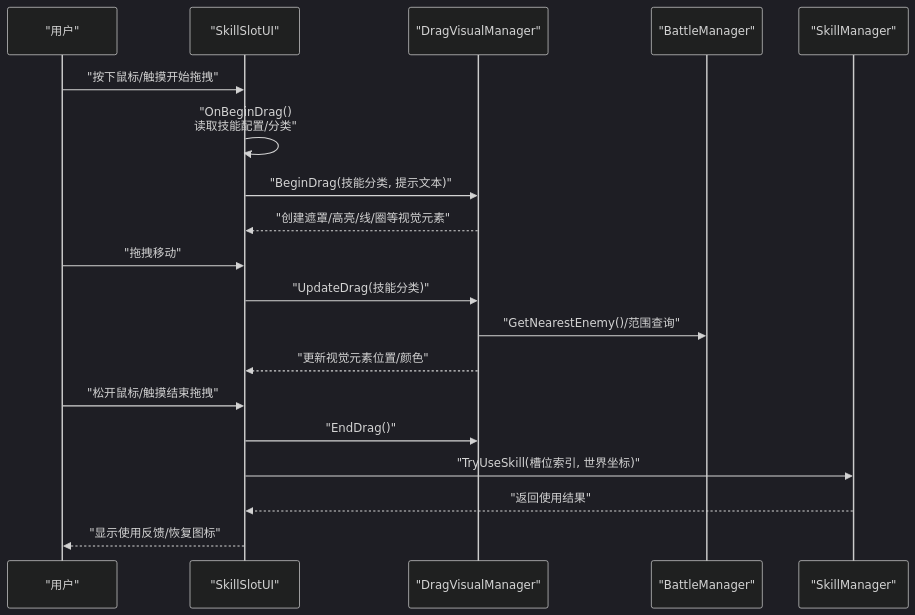
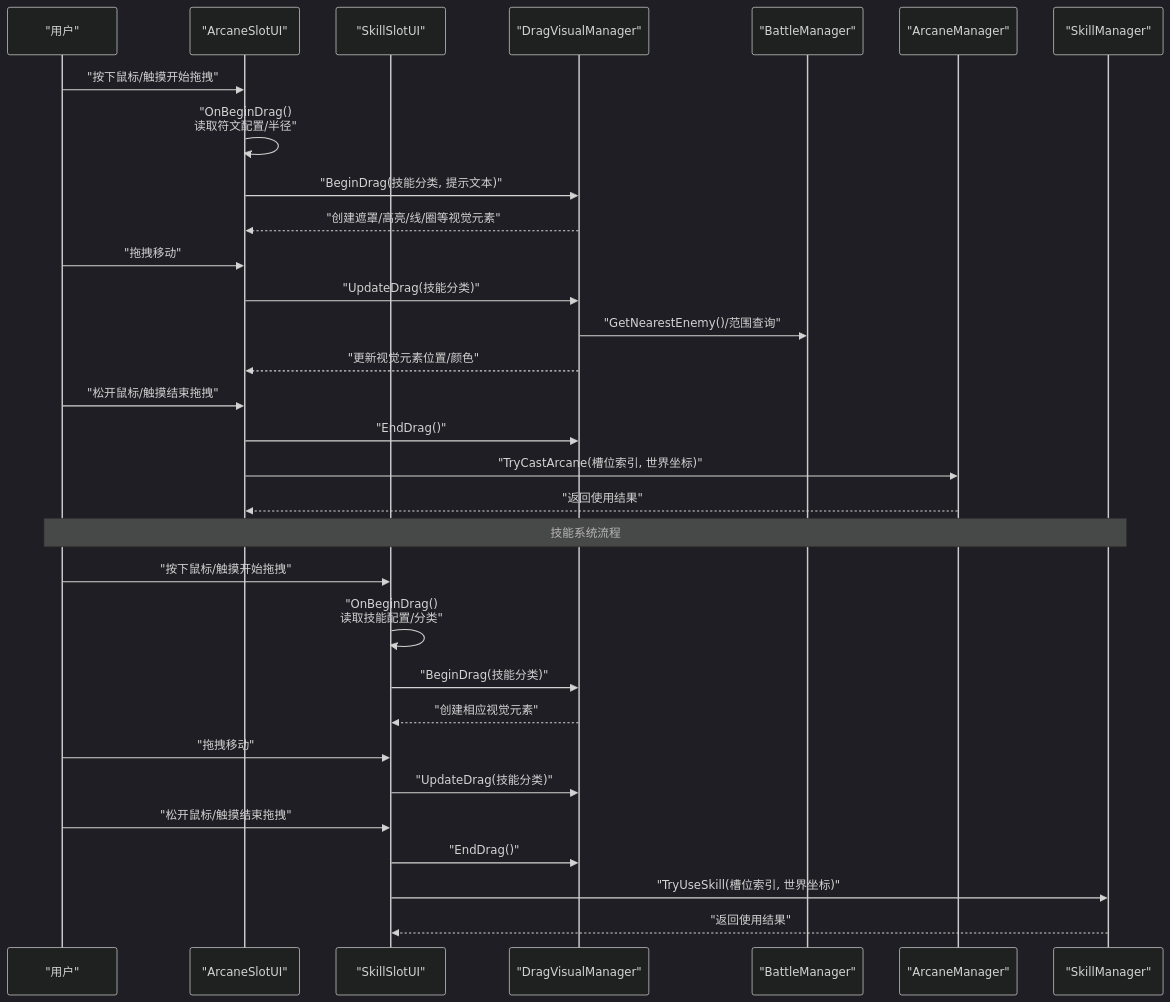
Before and after one commit to Tuusen/p1_client: the second of 4 diagrams in .qoder/repowiki/zh/content/用户界面系统/拖拽与可视化系统.md, drawn with Mermaid (dark theme). The commit also changed other lines of this file and 25 other files, not shown here.

````diff
--- a/.qoder/repowiki/zh/content/用户界面系统/拖拽与可视化系统.md
+++ b/.qoder/repowiki/zh/content/用户界面系统/拖拽与可视化系统.md
@@ -96,21 +95,33 @@
 ```mermaid
 sequenceDiagram
 participant U as "用户"
+participant AS as "ArcaneSlotUI"
 participant SS as "SkillSlotUI"
 participant DV as "DragVisualManager"
 participant BM as "BattleManager"
-participant SK as "SkillManager"
+participant AM as "ArcaneManager"
+participant SM as "SkillManager"
+U->>AS : "按下鼠标/触摸开始拖拽"
+AS->>AS : "OnBeginDrag()<br/>读取符文配置/半径"
+AS->>DV : "BeginDrag(技能分类, 提示文本)"
+DV-->>AS : "创建遮罩/高亮/线/圈等视觉元素"
+U->>AS : "拖拽移动"
+AS->>DV : "UpdateDrag(技能分类)"
+DV->>BM : "GetNearestEnemy()/范围查询"
+DV-->>AS : "更新视觉元素位置/颜色"
+U->>AS : "松开鼠标/触摸结束拖拽"
+AS->>DV : "EndDrag()"
+AS->>AM : "TryCastArcane(槽位索引, 世界坐标)"
+AM-->>AS : "返回使用结果"
+Note over U,SM : 技能系统流程
 U->>SS : "按下鼠标/触摸开始拖拽"
 SS->>SS : "OnBeginDrag()<br/>读取技能配置/分类"
-SS->>DV : "BeginDrag(技能分类, 提示文本)"
-DV-->>SS : "创建遮罩/高亮/线/圈等视觉元素"
+SS->>DV : "BeginDrag(技能分类)"
+DV-->>SS : "创建相应视觉元素"
 U->>SS : "拖拽移动"
 SS->>DV : "UpdateDrag(技能分类)"
-DV->>BM : "GetNearestEnemy()/范围查询"
-DV-->>SS : "更新视觉元素位置/颜色"
 U->>SS : "松开鼠标/触摸结束拖拽"
 SS->>DV : "EndDrag()"
-SS->>SK : "TryUseSkill(槽位索引, 世界坐标)"
-SK-->>SS : "返回使用结果"
-SS-->>U : "显示使用反馈/恢复图标"
+SS->>SM : "TryUseSkill(槽位索引, 世界坐标)"
+SM-->>SS : "返回使用结果"
 ```
````
